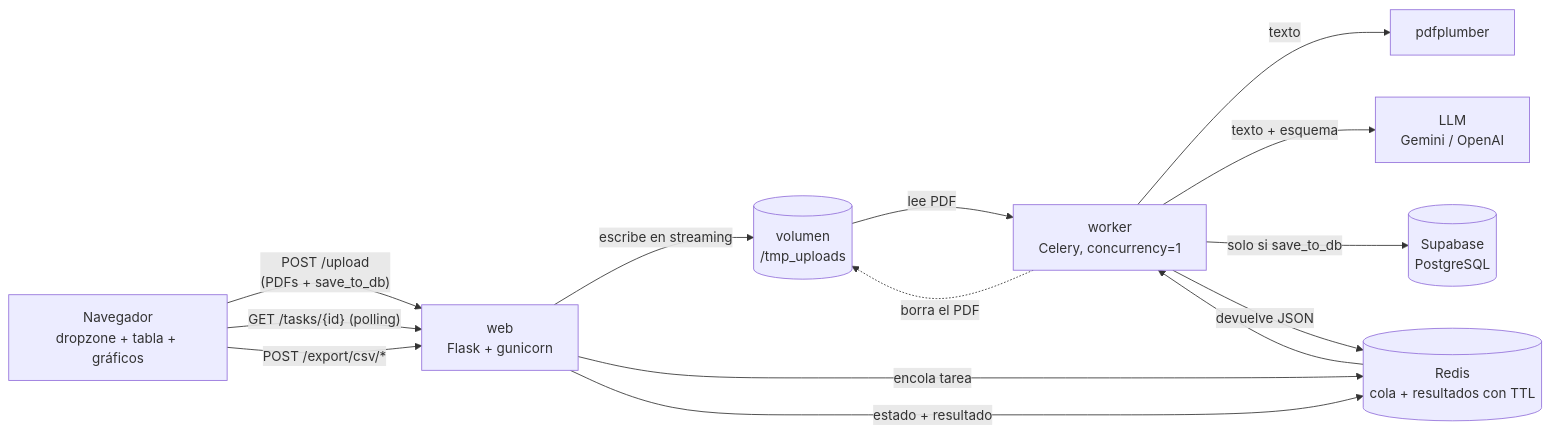
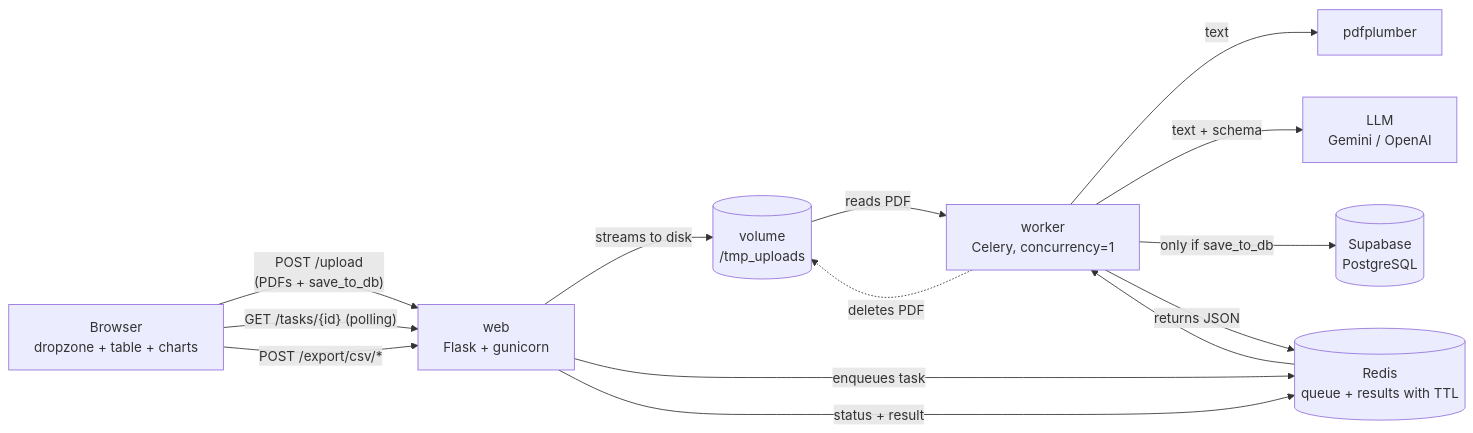
The diagram in README.md (AESMatias/Extracta), drawn with Mermaid before and after one commit. The commit also changed other lines of this file and 1 other file, not shown here.

````diff
--- a/README.md
+++ b/README.md
@@ -86,16 +87,16 @@
 ```mermaid
 flowchart LR
-    B[Navegador<br/>dropzone + tabla + gráficos] -- "POST /upload<br/>(PDFs + save_to_db)" --> W[web<br/>Flask + gunicorn]
-    W -- "escribe en streaming" --> V[(volumen<br/>/tmp_uploads)]
-    W -- "encola tarea" --> R[(Redis<br/>cola + resultados con TTL)]
+    B[Browser<br/>dropzone + table + charts] -- "POST /upload<br/>(PDFs + save_to_db)" --> W[web<br/>Flask + gunicorn]
+    W -- "streams to disk" --> V[(volume<br/>/tmp_uploads)]
+    W -- "enqueues task" --> R[(Redis<br/>queue + results with TTL)]
     R --> K[worker<br/>Celery, concurrency=1]
-    V -- "lee PDF" --> K
-    K -- "texto" --> P[pdfplumber]
-    K -- "texto + esquema" --> L[LLM<br/>Gemini / OpenAI]
-    K -- "solo si save_to_db" --> S[(Supabase<br/>PostgreSQL)]
-    K -- "devuelve JSON" --> R
-    K -. "borra el PDF" .-> V
+    V -- "reads PDF" --> K
+    K -- "text" --> P[pdfplumber]
+    K -- "text + schema" --> L[LLM<br/>Gemini / OpenAI]
+    K -- "only if save_to_db" --> S[(Supabase<br/>PostgreSQL)]
+    K -- "returns JSON" --> R
+    K -. "deletes PDF" .-> V
     B -- "GET /tasks/{id} (polling)" --> W
-    W -- "estado + resultado" --> R
+    W -- "status + result" --> R
     B -- "POST /export/csv/*" --> W
 ```
````
